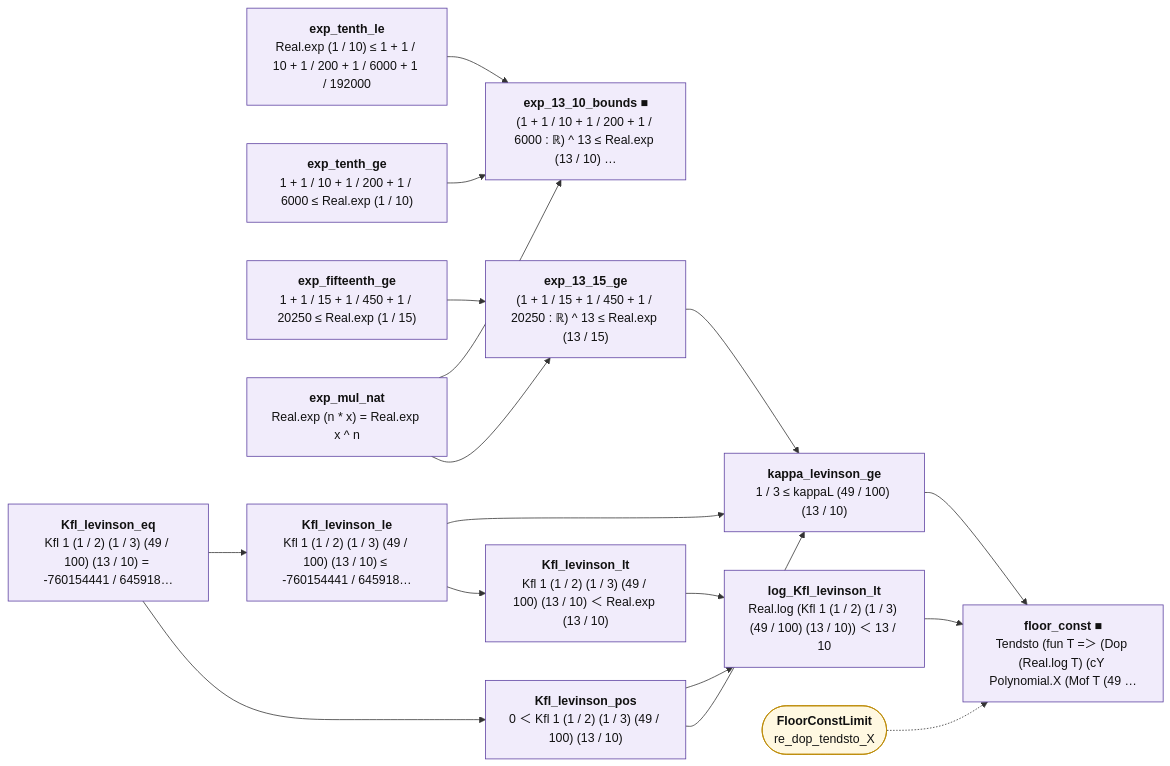
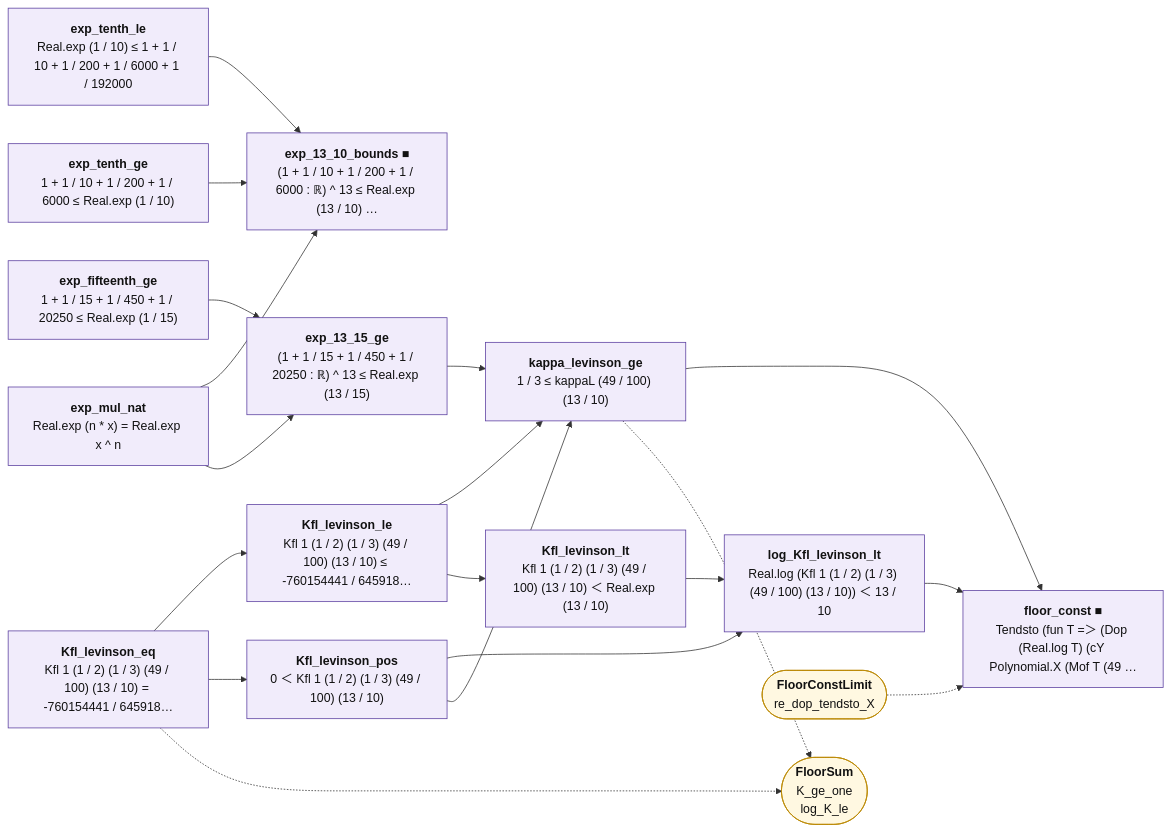
One commit to juliansambranojr/Primebeat_081426 changed the diagram in map/lean_stage3/FloorConst.mmd. Above: the diagram before and after it, drawn with Mermaid. The commit also changed 30 other files, not shown here.

```diff
--- a/map/lean_stage3/FloorConst.mmd
+++ b/map/lean_stage3/FloorConst.mmd
@@ -1,39 +1,42 @@
 flowchart LR
   n0["<b>exp_tenth_le</b><br/>Real.exp (1 / 10) ≤ 1 + 1 / 10 + 1 / 200 + 1 / 6000 + 1 / 192000"]:::shp
   n1["<b>exp_tenth_ge</b><br/>1 + 1 / 10 + 1 / 200 + 1 / 6000 ≤ Real.exp (1 / 10)"]:::shp
   n2["<b>exp_fifteenth_ge</b><br/>1 + 1 / 15 + 1 / 450 + 1 / 20250 ≤ Real.exp (1 / 15)"]:::shp
   n3["<b>exp_mul_nat</b><br/>Real.exp (n * x) = Real.exp x ^ n"]:::shp
   n4["<b>Kfl_levinson_eq</b><br/>Kfl 1 (1 / 2) (1 / 3) (49 / 100) (13 / 10) = -760154441 / 645918…"]:::shp
   n5["<b>exp_13_10_bounds ■</b><br/>(1 + 1 / 10 + 1 / 200 + 1 / 6000 : ℝ) ^ 13 ≤ Real.exp (13 / 10) …"]:::shp
   n6["<b>exp_13_15_ge</b><br/>(1 + 1 / 15 + 1 / 450 + 1 / 20250 : ℝ) ^ 13 ≤ Real.exp (13 / 15)"]:::shp
   n7["<b>Kfl_levinson_le</b><br/>Kfl 1 (1 / 2) (1 / 3) (49 / 100) (13 / 10) ≤ -760154441 / 645918…"]:::shp
   n8["<b>Kfl_levinson_pos</b><br/>0 ＜ Kfl 1 (1 / 2) (1 / 3) (49 / 100) (13 / 10)"]:::shp
   n9["<b>Kfl_levinson_lt</b><br/>Kfl 1 (1 / 2) (1 / 3) (49 / 100) (13 / 10) ＜ Real.exp (13 / 10)"]:::shp
   n10["<b>log_Kfl_levinson_lt</b><br/>Real.log (Kfl 1 (1 / 2) (1 / 3) (49 / 100) (13 / 10)) ＜ 13 / 10"]:::shp
   n11["<b>kappa_levinson_ge</b><br/>1 / 3 ≤ kappaL (49 / 100) (13 / 10)"]:::shp
   n12["<b>floor_const ■</b><br/>Tendsto (fun T =＞ (Dop (Real.log T) (cY Polynomial.X (Mof T (49 …"]:::shp
-  x0(["<b>FloorConstLimit</b><br/>re_dop_tendsto_X"]):::ext
+  x0(["<b>FloorSum</b><br/>K_ge_one<br/>log_K_le"]):::ext
+  x1(["<b>FloorConstLimit</b><br/>re_dop_tendsto_X"]):::ext
   n0 --> n5
   n1 --> n5
   n10 --> n12
   n11 --> n12
   n2 --> n6
   n3 --> n5
   n3 --> n6
   n4 --> n7
   n4 --> n8
   n6 --> n11
   n7 --> n11
   n7 --> n9
   n8 --> n10
   n8 --> n11
   n9 --> n10
-  x0 -.-> n12
+  n11 -.-> x0
+  n4 -.-> x0
+  x1 -.-> n12
   classDef cnt fill:#dff5ec,stroke:#17694a,color:#111
   classDef shp fill:#f1ecfb,stroke:#5b3fa0,color:#111
   classDef rh fill:#ffe5e5,stroke:#c22,color:#111,stroke-width:2px
   classDef thm fill:#eef4ff,stroke:#335,color:#111
   classDef end_ fill:#e7f7e7,stroke:#2a7,color:#111,stroke-width:2px
   classDef lone fill:#fff,stroke:#999,color:#111,stroke-dasharray:4 3
   classDef bad fill:#ffe5e5,stroke:#c22,color:#111,stroke-width:2px
   classDef ext fill:#fff8e1,stroke:#b80,color:#111
```
